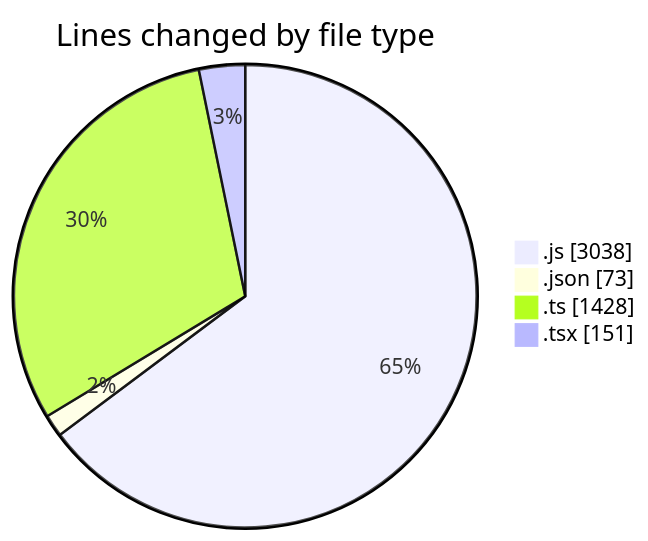
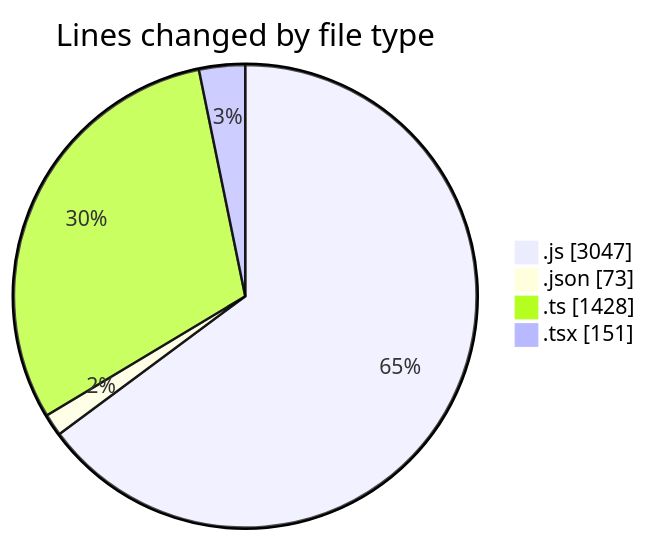
The first of 2 diagrams in 2026-03-23/cda/README.md (momahboobian/code-tracking), drawn with Mermaid before and after one commit. The commit also changed other lines of this file and 1 other file, not shown here.

````diff
--- a/2026-03-23/cda/README.md
+++ b/2026-03-23/cda/README.md
@@ -30,8 +30,8 @@
 ```mermaid
 pie showData
 title Lines changed by file type
-".js" : 3038
+".js" : 3047
 ".json" : 73
 ".ts" : 1428
 ".tsx" : 151
 ```
````
